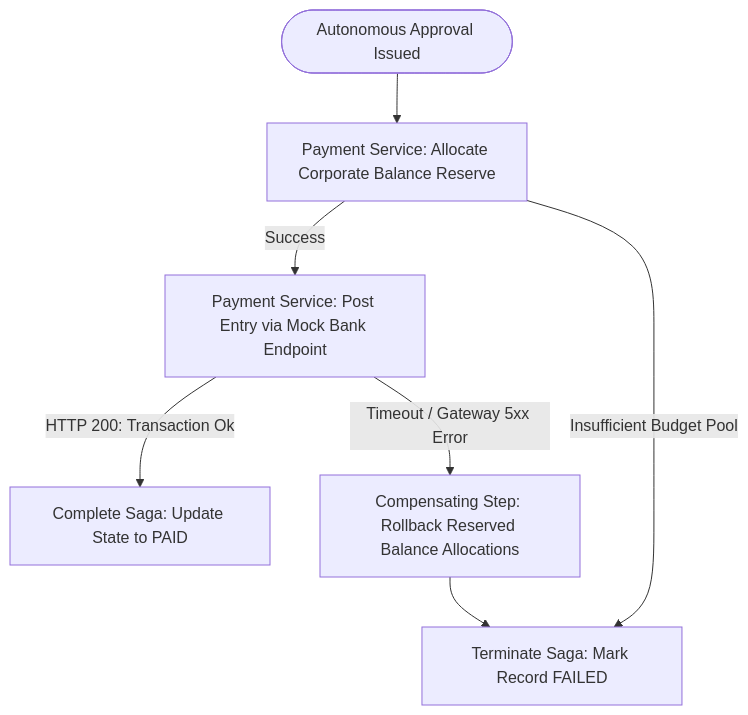
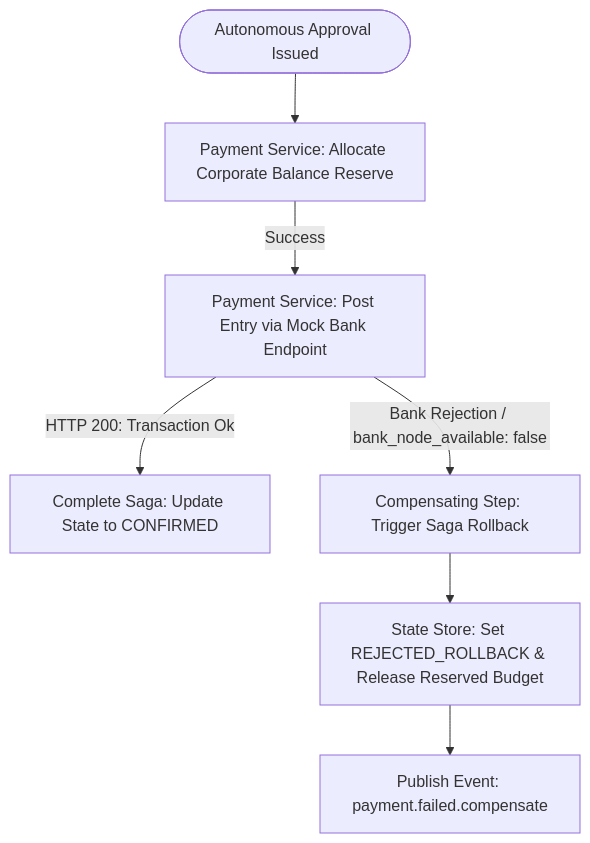
Before and after one commit to roman-shneer/InvoiceApprovalFlow: the fourth of 4 diagrams in docs/ARCHITECTURE.md, drawn with Mermaid. The commit also changed other lines of this file, not shown here.

Commit message:
docs(architecture): completely overhaul system specifications diagrams and limits to reflect opentelemetry and gateway filters implementations

````diff
--- a/docs/ARCHITECTURE.md
+++ b/docs/ARCHITECTURE.md
@@ -134,11 +127,11 @@
 ```mermaid
 graph TD
     Trigger([Autonomous Approval Issued]) --> Step1[Payment Service: Allocate Corporate Balance Reserve]
     Step1 -->|Success| Step2[Payment Service: Post Entry via Mock Bank Endpoint]
-    Step2 -->|HTTP 200: Transaction Ok| Commit[Complete Saga: Update State to PAID]
+    Step2 -->|HTTP 200: Transaction Ok| Commit[Complete Saga: Update State to CONFIRMED]
     
     %% Failure Exception Pathways
-    Step2 -->|Timeout / Gateway 5xx Error| Comp1[Compensating Step: Rollback Reserved Balance Allocations]
-    Step1 -->|Insufficient Budget Pool| Fail[Terminate Saga: Mark Record FAILED]
-    Comp1 --> Fail
+    Step2 -->|Bank Rejection / bank_node_available: false| Comp1[Compensating Step: Trigger Saga Rollback]
+    Comp1 --> Reset[State Store: Set REJECTED_ROLLBACK & Release Reserved Budget]
+    Reset --> Emit[Publish Event: payment.failed.compensate]
 ```
````
